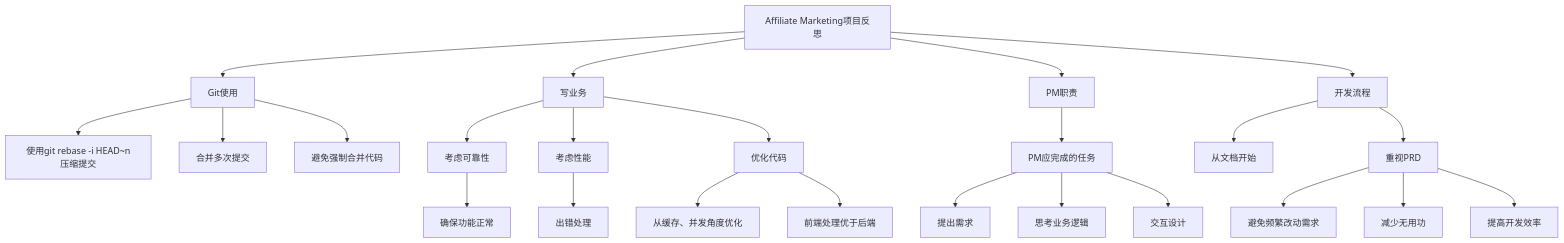
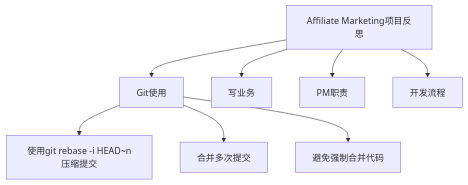
Before and after one commit to KantLee/iodraw-files: the diagram in all/未命名-1.md, drawn with Mermaid.

Commit message:
2024-08-31 19:46:10 update

````diff
--- a/all/未命名-1.md
+++ b/all/未命名-1.md
@@ -1,30 +1,12 @@
 ```mermaid
 graph TD
     A[Affiliate Marketing项目反思] --> B[Git使用]
     A --> C[写业务]
     A --> D[PM职责]
     A --> E[开发流程]
+
     B --> B1[使用git rebase -i HEAD~n压缩提交]
     B --> B2[合并多次提交]
     B --> B3[避免强制合并代码]
 
-    C --> C1[考虑可靠性]
-    C --> C2[考虑性能]
-    C1 --> C1a[确保功能正常]
-    C2 --> C2a[出错处理]
-    C --> C3[优化代码]
-    C3 --> C3a[从缓存、并发角度优化]
-    C3 --> C3b[前端处理优于后端]
-
-    D --> D1[PM应完成的任务]
-    D1 --> D1a[提出需求]
-    D1 --> D1b[思考业务逻辑]
-    D1 --> D1c[交互设计]
-
-    E --> E1[从文档开始]
-    E --> E2[重视PRD]
-    E2 --> E2a[避免频繁改动需求]
-    E2 --> E2b[减少无用功]
-    E2 --> E2c[提高开发效率]
-
 ```
````
